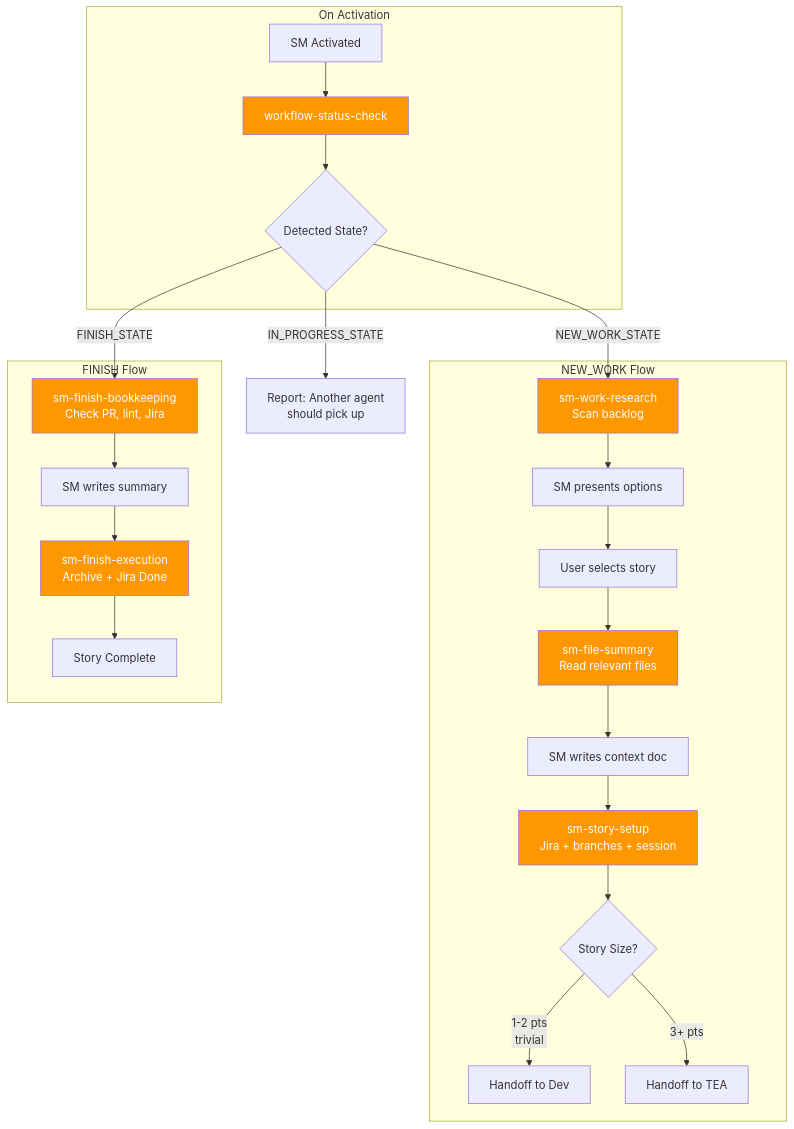
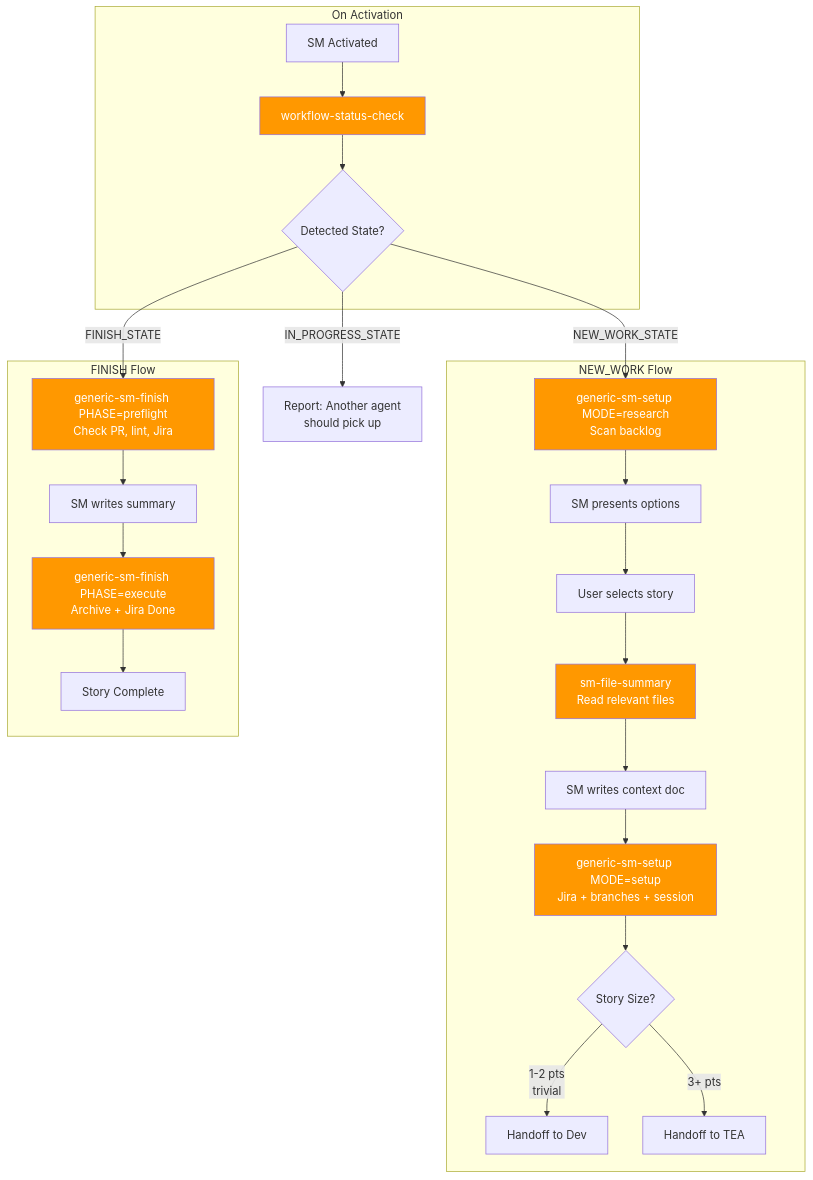
The fourth of 9 diagrams in docs/TDD-FLOW-DIAGRAMS.md (slabgorb/pennyfarthing), drawn with Mermaid before and after one commit. The commit also changed other lines of this file and 20 other files, not shown here.

````diff
--- a/docs/TDD-FLOW-DIAGRAMS.md
+++ b/docs/TDD-FLOW-DIAGRAMS.md
@@ -154,35 +148,35 @@
 ```mermaid
 flowchart TB
     subgraph "On Activation"
         A1[SM Activated] --> A2[workflow-status-check]
         A2 --> A3{Detected State?}
     end
 
     subgraph "NEW_WORK Flow"
-        N1[sm-work-research<br/>Scan backlog] --> N2[SM presents options]
+        N1[generic-sm-setup MODE=research<br/>Scan backlog] --> N2[SM presents options]
         N2 --> N3[User selects story]
         N3 --> N4[sm-file-summary<br/>Read relevant files]
         N4 --> N5[SM writes context doc]
-        N5 --> N6[sm-story-setup<br/>Jira + branches + session]
+        N5 --> N6[generic-sm-setup MODE=setup<br/>Jira + branches + session]
         N6 --> N7{Story Size?}
         N7 -->|"1-2 pts<br/>trivial"| N8[Handoff to Dev]
         N7 -->|"3+ pts"| N9[Handoff to TEA]
     end
 
     subgraph "FINISH Flow"
-        F1[sm-finish-bookkeeping<br/>Check PR, lint, Jira] --> F2[SM writes summary]
-        F2 --> F3[sm-finish-execution<br/>Archive + Jira Done]
+        F1[generic-sm-finish PHASE=preflight<br/>Check PR, lint, Jira] --> F2[SM writes summary]
+        F2 --> F3[generic-sm-finish PHASE=execute<br/>Archive + Jira Done]
         F3 --> F4[Story Complete]
     end
 
     A3 -->|"NEW_WORK_STATE"| N1
     A3 -->|"FINISH_STATE"| F1
     A3 -->|"IN_PROGRESS_STATE"| IP[Report: Another agent<br/>should pick up]
 
     style A2 fill:#ff9800,color:white
     style N1 fill:#ff9800,color:white
     style N4 fill:#ff9800,color:white
     style N6 fill:#ff9800,color:white
     style F1 fill:#ff9800,color:white
     style F3 fill:#ff9800,color:white
 ```
````
